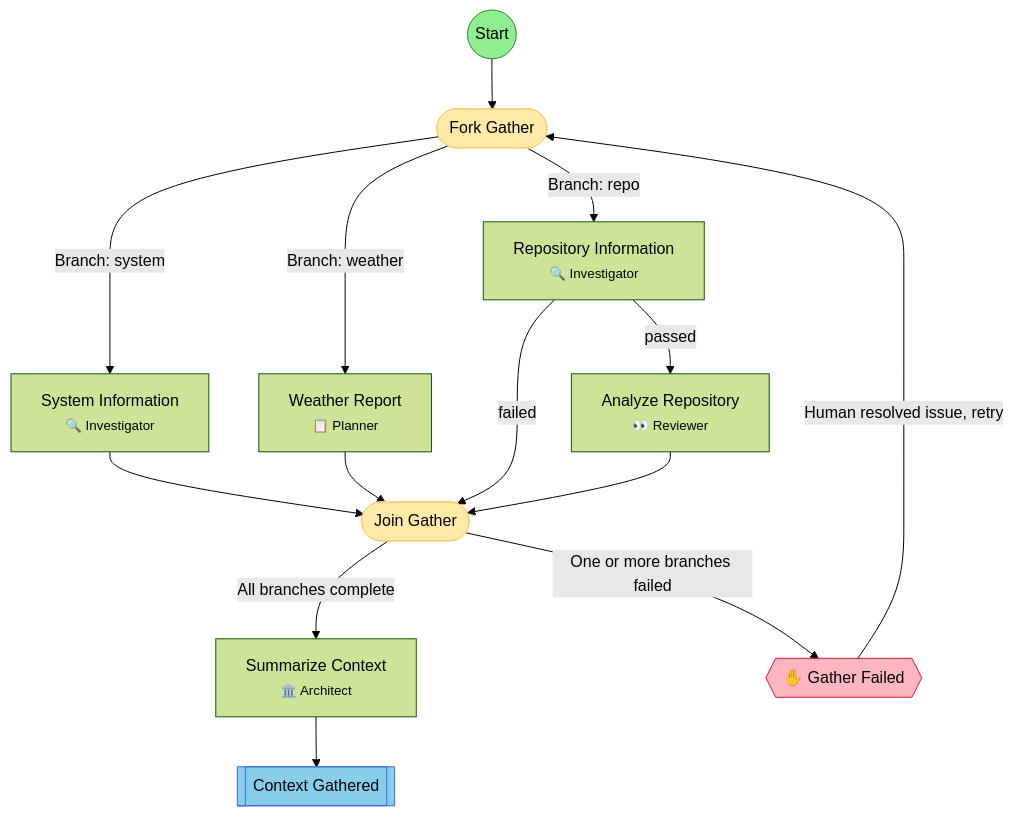
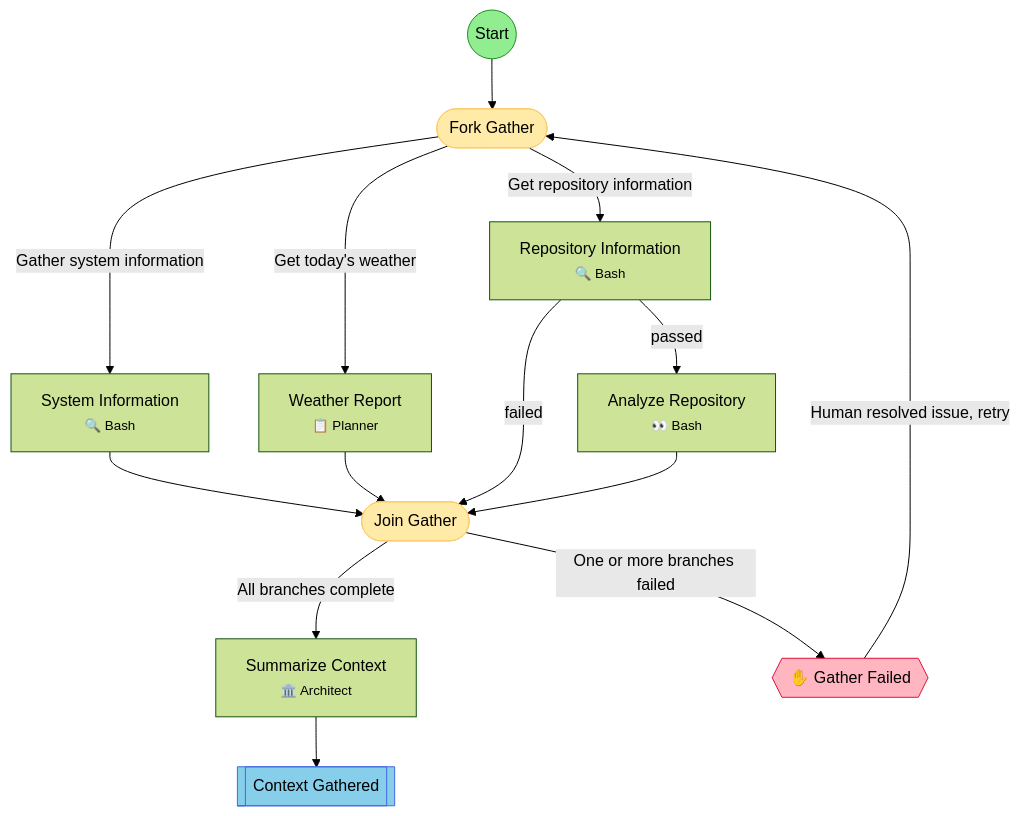
Before and after one commit to leclabs/agent-toolkit: the diagram in .flow/diagrams/context-gather.md, drawn with Mermaid (forest theme). The commit also changed other lines of this file and 70 other files, not shown here.

````diff
--- a/.flow/diagrams/context-gather.md
+++ b/.flow/diagrams/context-gather.md
@@ -7,38 +7,38 @@
 ```mermaid
 flowchart TD
     start(("Start"))
     fork_gather(["Fork Gather"])
-    system_info["System Information<br/><small>🔍 Investigator</small>"]
+    system_info["System Information<br/><small>🔍 Bash</small>"]
     weather_info["Weather Report<br/><small>📋 Planner</small>"]
-    repo_info["Repository Information<br/><small>🔍 Investigator</small>"]
-    repo_analyze["Analyze Repository<br/><small>👀 Reviewer</small>"]
+    repo_info["Repository Information<br/><small>🔍 Bash</small>"]
+    repo_analyze["Analyze Repository<br/><small>👀 Bash</small>"]
     join_gather(["Join Gather"])
     summarize["Summarize Context<br/><small>🏛️ Architect</small>"]
     end_success[["Context Gathered"]]
     hitl_failed{{"✋ Gather Failed"}}
 
     start --> fork_gather
-    fork_gather -->|Branch: system| system_info
-    fork_gather -->|Branch: weather| weather_info
-    fork_gather -->|Branch: repo| repo_info
+    fork_gather -->|Gather system information| system_info
+    fork_gather -->|Get today's weather| weather_info
+    fork_gather -->|Get repository information| repo_info
     system_info --> join_gather
     weather_info --> join_gather
     repo_info -->|passed| repo_analyze
     repo_info -->|failed| join_gather
     repo_analyze --> join_gather
     join_gather -->|All branches complete| summarize
     join_gather -->|One or more branches failed| hitl_failed
     summarize --> end_success
     hitl_failed -->|Human resolved issue, retry| fork_gather
 
     classDef startStep fill:#90EE90,stroke:#228B22
     classDef successStep fill:#87CEEB,stroke:#4169E1
     classDef hitlStep fill:#FFB6C1,stroke:#DC143C
     classDef gateStep fill:#E6E6FA,stroke:#9370DB
     classDef forkJoinStep fill:#FFEAA7,stroke:#FDCB6E
     classDef currentStep fill:#FFD700,stroke:#FF8C00,stroke-width:3px
     class start startStep
     class end_success successStep
     class hitl_failed hitlStep
     class fork_gather,join_gather forkJoinStep
 ```
````
